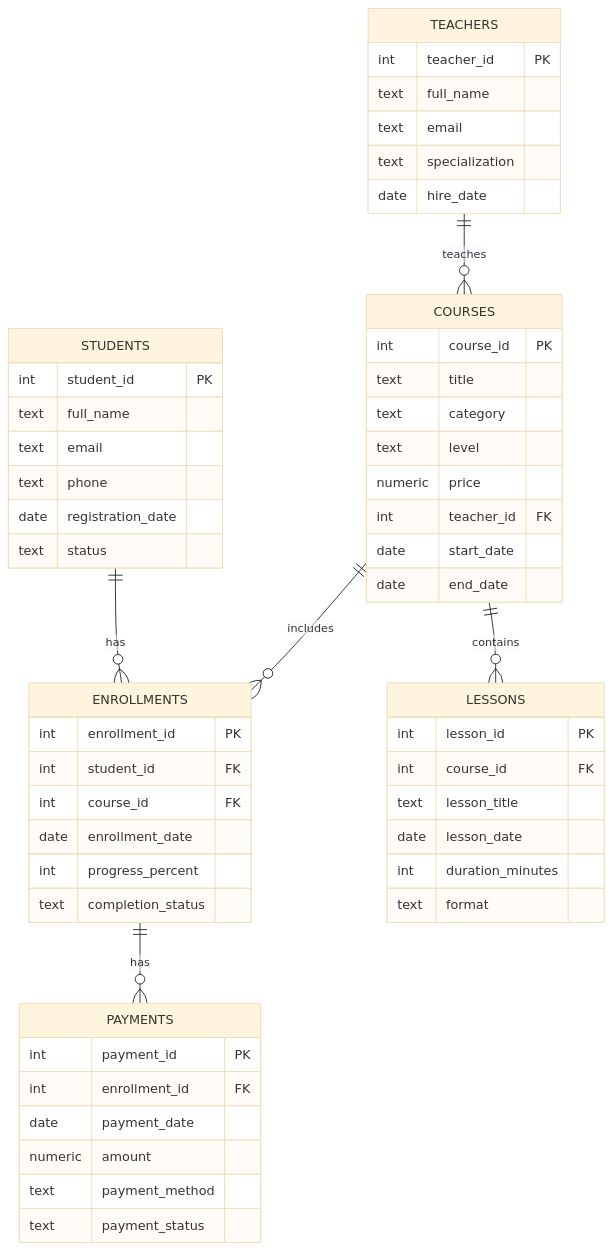
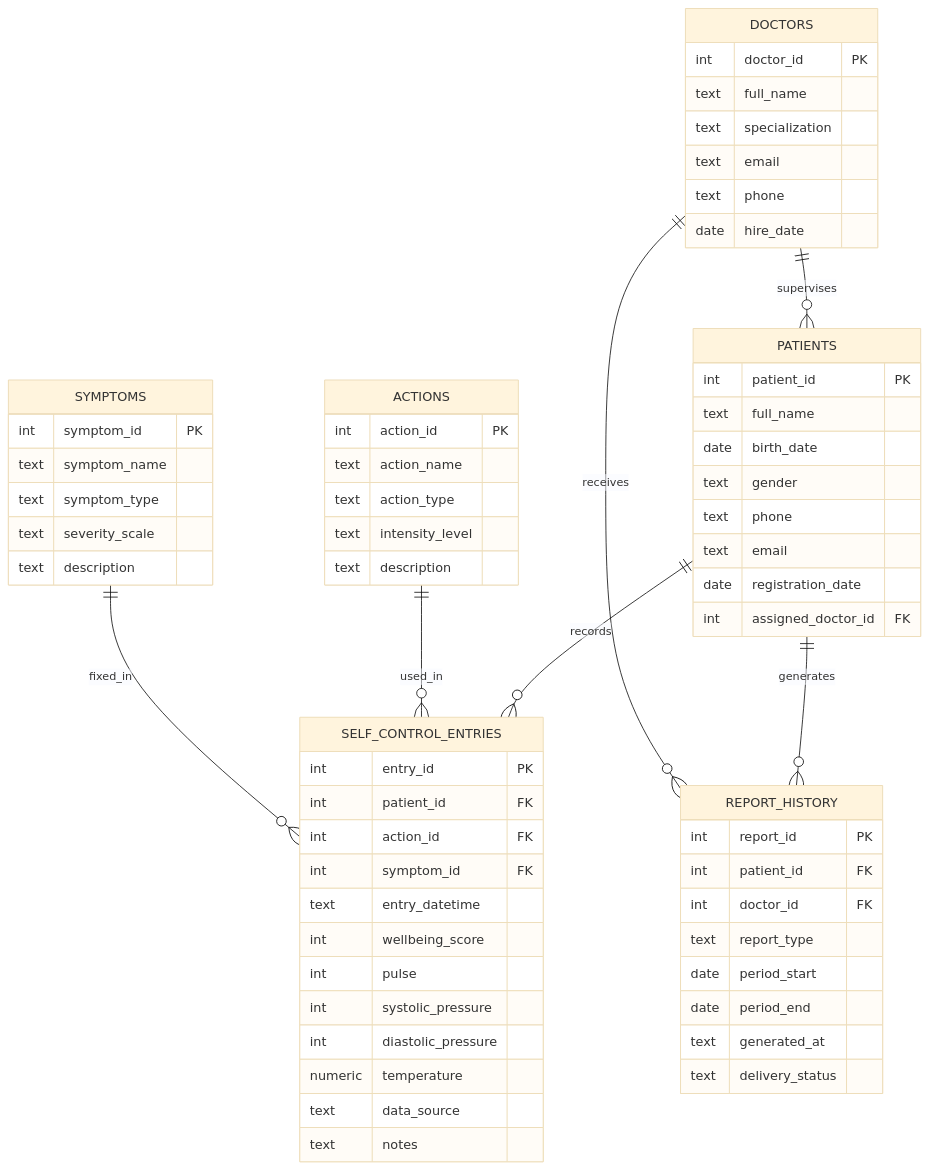
The diagram in docs/er_model.md (goringich/mainor-hometask), drawn with Mermaid (base theme) before and after one commit. The commit also changed 34 other files, not shown here.

````diff
--- a/docs/er_model.md
+++ b/docs/er_model.md
@@ -3,63 +3,71 @@
 ```mermaid
 erDiagram
-  STUDENTS ||--o{ ENROLLMENTS : has
-  COURSES ||--o{ ENROLLMENTS : includes
-  TEACHERS ||--o{ COURSES : teaches
-  COURSES ||--o{ LESSONS : contains
-  ENROLLMENTS ||--o{ PAYMENTS : has
+    DOCTORS ||--o{ PATIENTS : supervises
+    PATIENTS ||--o{ SELF_CONTROL_ENTRIES : records
+    ACTIONS ||--o{ SELF_CONTROL_ENTRIES : used_in
+    SYMPTOMS ||--o{ SELF_CONTROL_ENTRIES : fixed_in
+    PATIENTS ||--o{ REPORT_HISTORY : generates
+    DOCTORS ||--o{ REPORT_HISTORY : receives
 
-  STUDENTS {
-    int student_id PK
-    text full_name
-    text email
-    text phone
-    date registration_date
-    text status
-  }
+    DOCTORS {
+        int doctor_id PK
+        text full_name
+        text specialization
+        text email
+        text phone
+        date hire_date
+    }
 
-  TEACHERS {
-    int teacher_id PK
-    text full_name
-    text email
-    text specialization
-    date hire_date
-  }
+    PATIENTS {
+        int patient_id PK
+        text full_name
+        date birth_date
+        text gender
+        text phone
+        text email
+        date registration_date
+        int assigned_doctor_id FK
+    }
 
-  COURSES {
-    int course_id PK
-    text title
-    text category
-    text level
-    numeric price
-    int teacher_id FK
-    date start_date
-    date end_date
-  }
+    ACTIONS {
+        int action_id PK
+        text action_name
+        text action_type
+        text intensity_level
+        text description
+    }
 
-  LESSONS {
-    int lesson_id PK
-    int course_id FK
-    text lesson_title
-    date lesson_date
-    int duration_minutes
-    text format
-  }
+    SYMPTOMS {
+        int symptom_id PK
+        text symptom_name
+        text symptom_type
+        text severity_scale
+        text description
+    }
 
-  ENROLLMENTS {
-    int enrollment_id PK
-    int student_id FK
-    int course_id FK
-    date enrollment_date
-    int progress_percent
-    text completion_status
-  }
+    SELF_CONTROL_ENTRIES {
+        int entry_id PK
+        int patient_id FK
+        int action_id FK
+        int symptom_id FK
+        text entry_datetime
+        int wellbeing_score
+        int pulse
+        int systolic_pressure
+        int diastolic_pressure
+        numeric temperature
+        text data_source
+        text notes
+    }
 
-  PAYMENTS {
-    int payment_id PK
-    int enrollment_id FK
-    date payment_date
-    numeric amount
-    text payment_method
-    text payment_status
-  }
+    REPORT_HISTORY {
+        int report_id PK
+        int patient_id FK
+        int doctor_id FK
+        text report_type
+        date period_start
+        date period_end
+        text generated_at
+        text delivery_status
+    }
 ```
````
